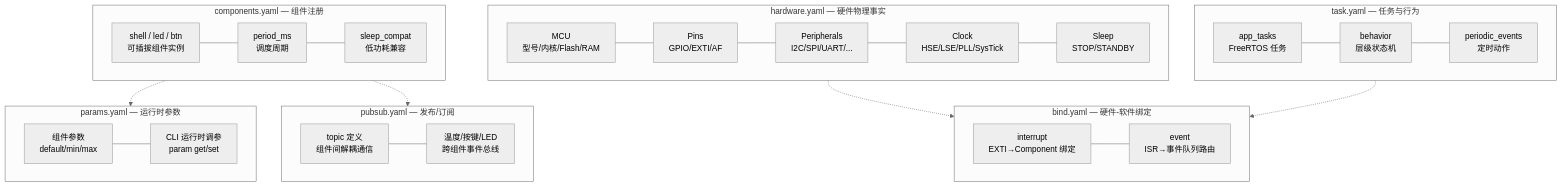
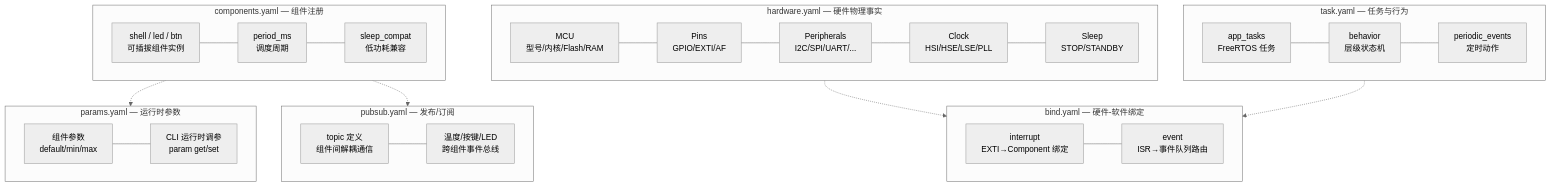
One commit to jinliangliu/Hardware2Code changed the second of 3 diagrams in README.md. Above: the diagram before and after it, drawn with Mermaid (neutral theme). The commit also changed other lines of this file, not shown here.

````diff
--- a/README.md
+++ b/README.md
@@ -70,48 +71,48 @@
 ```mermaid
 flowchart TB
     subgraph HW["hardware.yaml — 硬件物理事实"]
         direction LR
         H1["MCU<br>型号/内核/Flash/RAM"] ---
         H2["Pins<br>GPIO/EXTI/AF"] ---
         H3["Peripherals<br>I2C/SPI/UART/..."] ---
-        H4["Clock<br>HSE/LSE/PLL/SysTick"] ---
+        H4["Clock<br>HSI/HSE/LSE/PLL"] ---
         H5["Sleep<br>STOP/STANDBY"]
     end
 
     subgraph SW["task.yaml — 任务与行为"]
         direction LR
         S1["app_tasks<br>FreeRTOS 任务"] ---
         S2["behavior<br>层级状态机"] ---
         S3["periodic_events<br>定时动作"]
     end
 
     subgraph COMP["components.yaml — 组件注册"]
         direction LR
         C1["shell / led / btn<br>可插拔组件实例"] ---
         C2["period_ms<br>调度周期"] ---
         C3["sleep_compat<br>低功耗兼容"]
     end
 
     subgraph BIND["bind.yaml — 硬件-软件绑定"]
         direction LR
         D1["interrupt<br>EXTI→Component 绑定"] ---
         D2["event<br>ISR→事件队列路由"]
     end
 
     subgraph PARAMS["params.yaml — 运行时参数"]
         direction LR
         P1["组件参数<br>default/min/max"] ---
         P2["CLI 运行时调参<br>param get/set"]
     end
 
     subgraph PUBSUB["pubsub.yaml — 发布/订阅"]
         direction LR
         U1["topic 定义<br>组件间解耦通信"] ---
         U2["温度/按键/LED<br>跨组件事件总线"]
     end
 
     HW -.-> BIND
     SW -.-> BIND
     COMP -.-> PARAMS
     COMP -.-> PUBSUB
 ```
````
